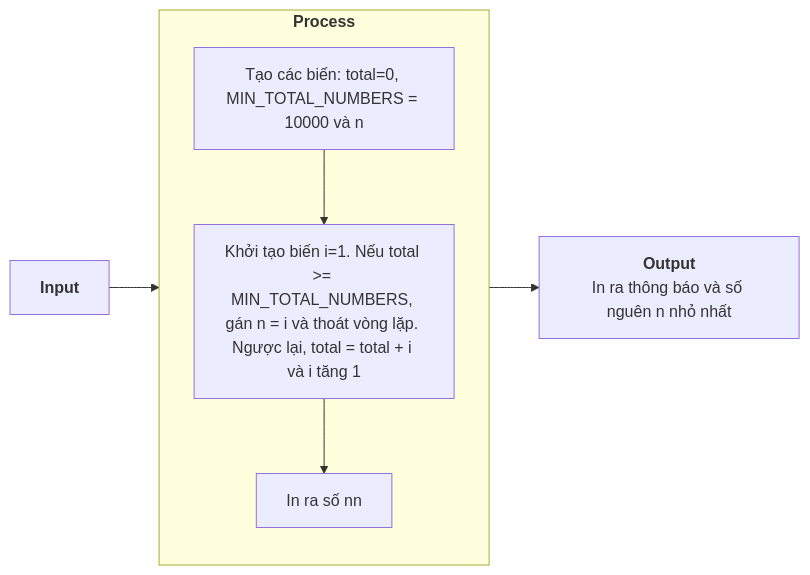
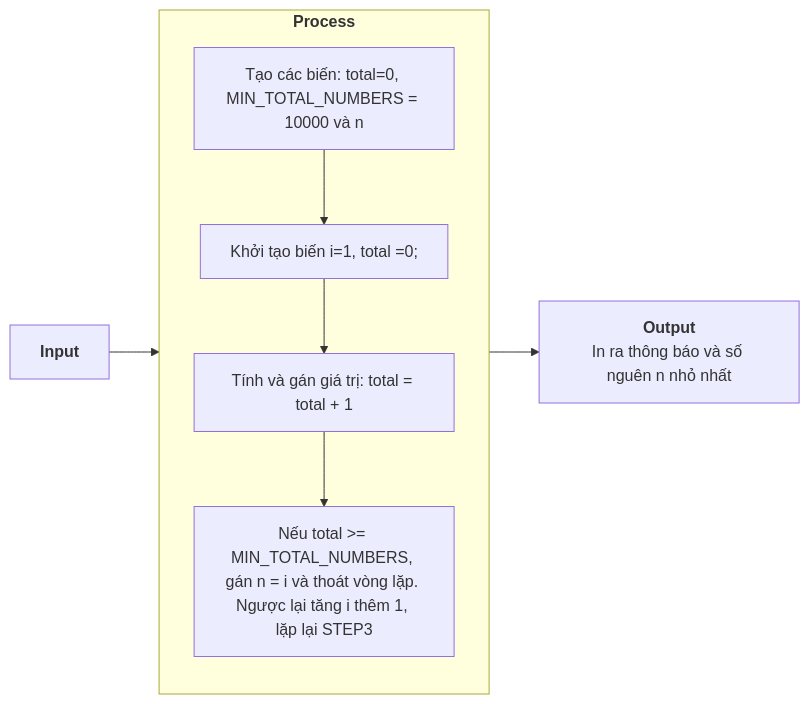
The second of 5 diagrams in README.md (ngkhang-dev/bc-java-assig-02-loop), drawn with Mermaid before and after one commit. The commit also changed other lines of this file and 2 other files, not shown here.

````diff
--- a/README.md
+++ b/README.md
@@ -45,18 +88,19 @@
    ```mermaid
    flowchart LR
        INPUT --> PROCESS --> OUTPUT
        
        INPUT["`**Input**`"]
        
        subgraph PROCESS["`**Process**`"]
-           STEP1  --> STEP2 --> STEP3 
+           STEP1  --> STEP2 --> STEP3 --> STEP4
            
            STEP1["Tạo các biến: total=0, MIN_TOTAL_NUMBERS = 10000 và n"]
-           STEP2["Khởi tạo biến i=1. Nếu total >= MIN_TOTAL_NUMBERS, gán n = i và thoát vòng lặp. Ngược lại, total = total + i và i tăng 1"]
-           STEP3["In ra số nn"]
+           STEP2["Khởi tạo biến i=1, total =0;"]
+           STEP3["Tính và gán giá trị: total = total + 1"]
+           STEP4["Nếu total >= MIN_TOTAL_NUMBERS, gán n = i và thoát vòng lặp. Ngược lại tăng i thêm 1, lặp lại STEP3"]
        end
        
        OUTPUT["`**Output**
            In ra thông báo và số nguên n nhỏ nhất
        `"]
    ```
````
